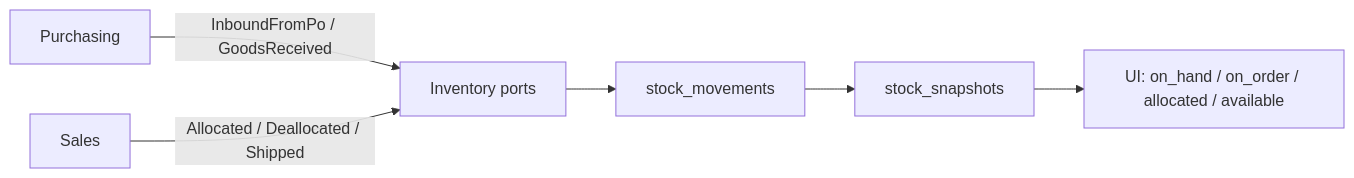
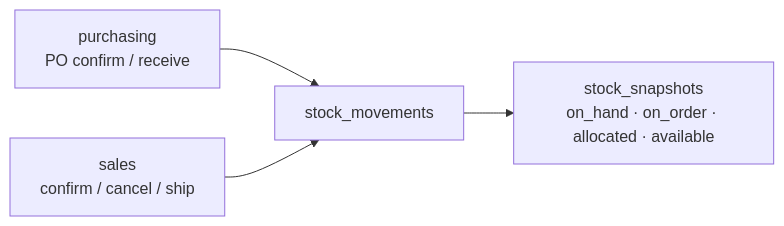
The third of 3 diagrams in docs/database-design.md (adamhinckley/dc-inventory), drawn with Mermaid before and after one commit. The commit also changed other lines of this file, not shown here.

````diff
--- a/docs/database-design.md
+++ b/docs/database-design.md
@@ -234,8 +148,6 @@
 ```mermaid
 flowchart LR
-  PO[Purchasing] -->|InboundFromPo / GoodsReceived| Ports
-  SO[Sales] -->|Allocated / Deallocated / Shipped| Ports
-  Ports[Inventory ports] --> Ledger[stock_movements]
-  Ledger --> Snap[stock_snapshots]
-  Snap --> UI["UI: on_hand / on_order / allocated / available"]
+  purchasing["purchasing<br/>PO confirm / receive"] --> movements
+  sales["sales<br/>confirm / cancel / ship"] --> movements
+  movements["stock_movements"] --> snapshots["stock_snapshots<br/>on_hand · on_order · allocated · available"]
 ```
````
